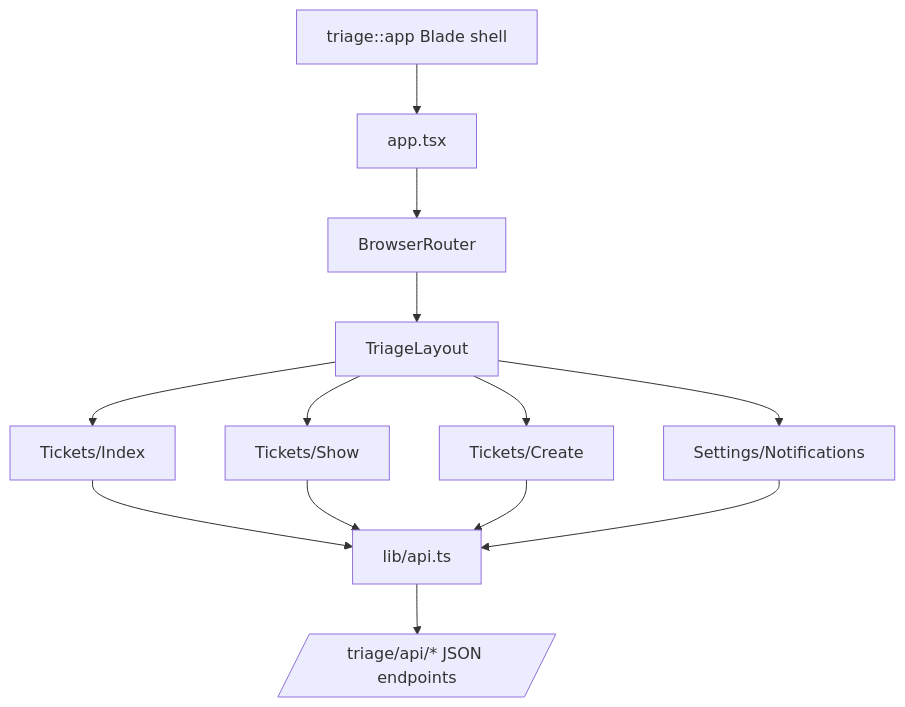
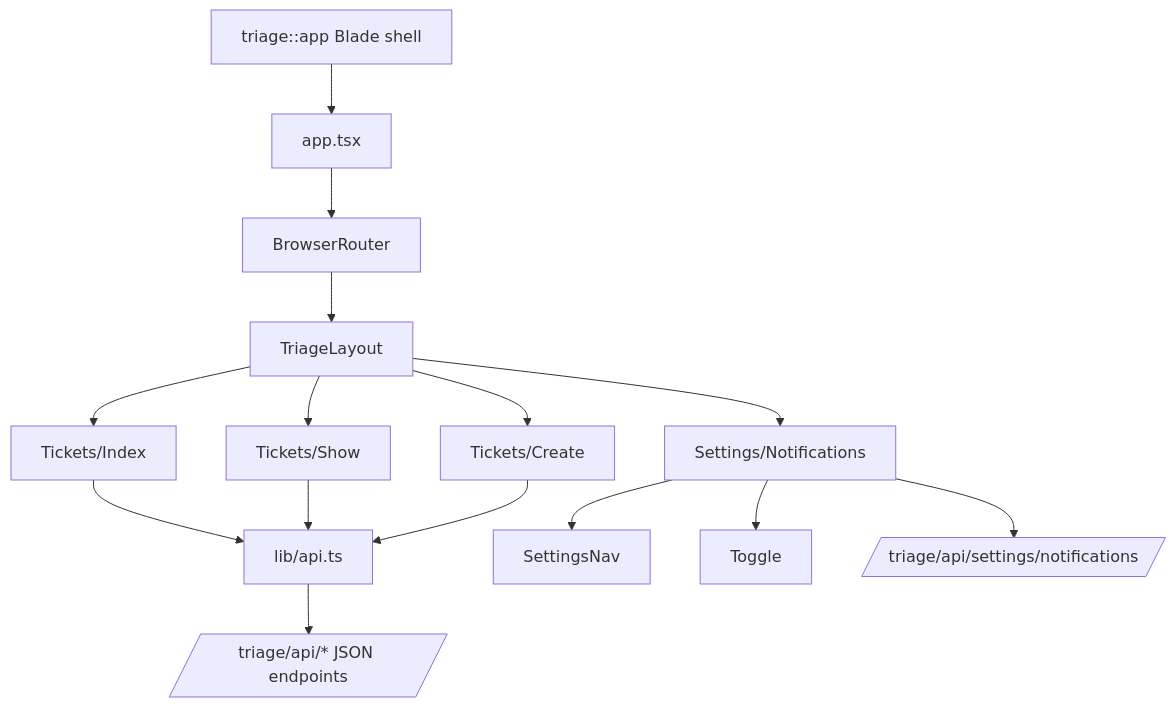
Before and after one commit to tyrailleverett/triage: the diagram in specs/Plan_v1___Phase_6__Dashboard_Frontend.md, drawn with Mermaid.

Commit message:
Phase 7.11: Architecture Diagram Update

````diff
--- a/specs/Plan_v1___Phase_6__Dashboard_Frontend.md
+++ b/specs/Plan_v1___Phase_6__Dashboard_Frontend.md
@@ -316,26 +316,31 @@
 ```mermaid
 flowchart TD
     Blade[triage::app Blade shell]
     App[app.tsx]
     Router[BrowserRouter]
     Layout[TriageLayout]
     TicketsIndex[Tickets/Index]
     TicketShow[Tickets/Show]
     TicketCreate[Tickets/Create]
     SettingsNotifications[Settings/Notifications]
+    SettingsNav[SettingsNav]
+    Toggle[Toggle]
     ApiClient[lib/api.ts]
     JsonApi[/triage/api/* JSON endpoints/]
+    SettingsApi[/triage/api/settings/notifications/]
 
     Blade --> App
     App --> Router
     Router --> Layout
     Layout --> TicketsIndex
     Layout --> TicketShow
     Layout --> TicketCreate
     Layout --> SettingsNotifications
     TicketsIndex --> ApiClient
     TicketShow --> ApiClient
     TicketCreate --> ApiClient
-    SettingsNotifications --> ApiClient
+    SettingsNotifications --> SettingsNav
+    SettingsNotifications --> Toggle
+    SettingsNotifications --> SettingsApi
     ApiClient --> JsonApi
 ```
````
